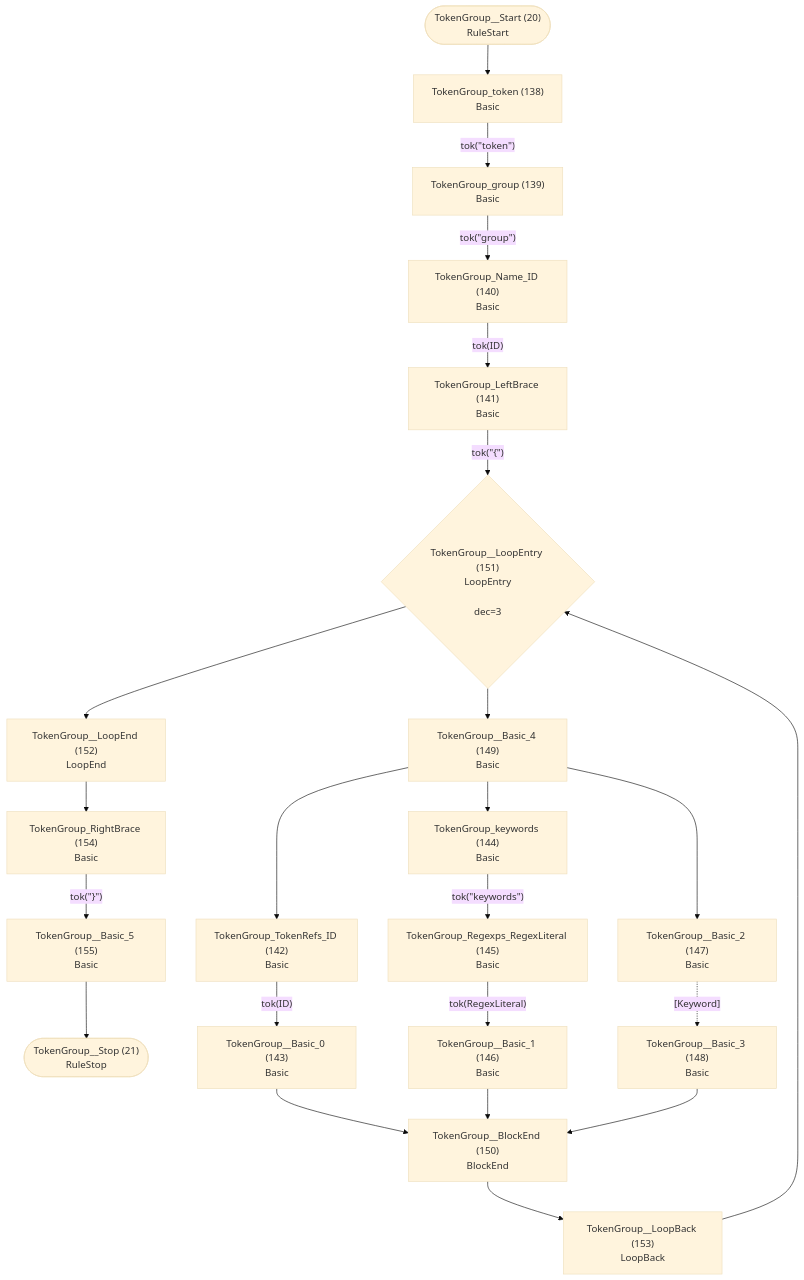
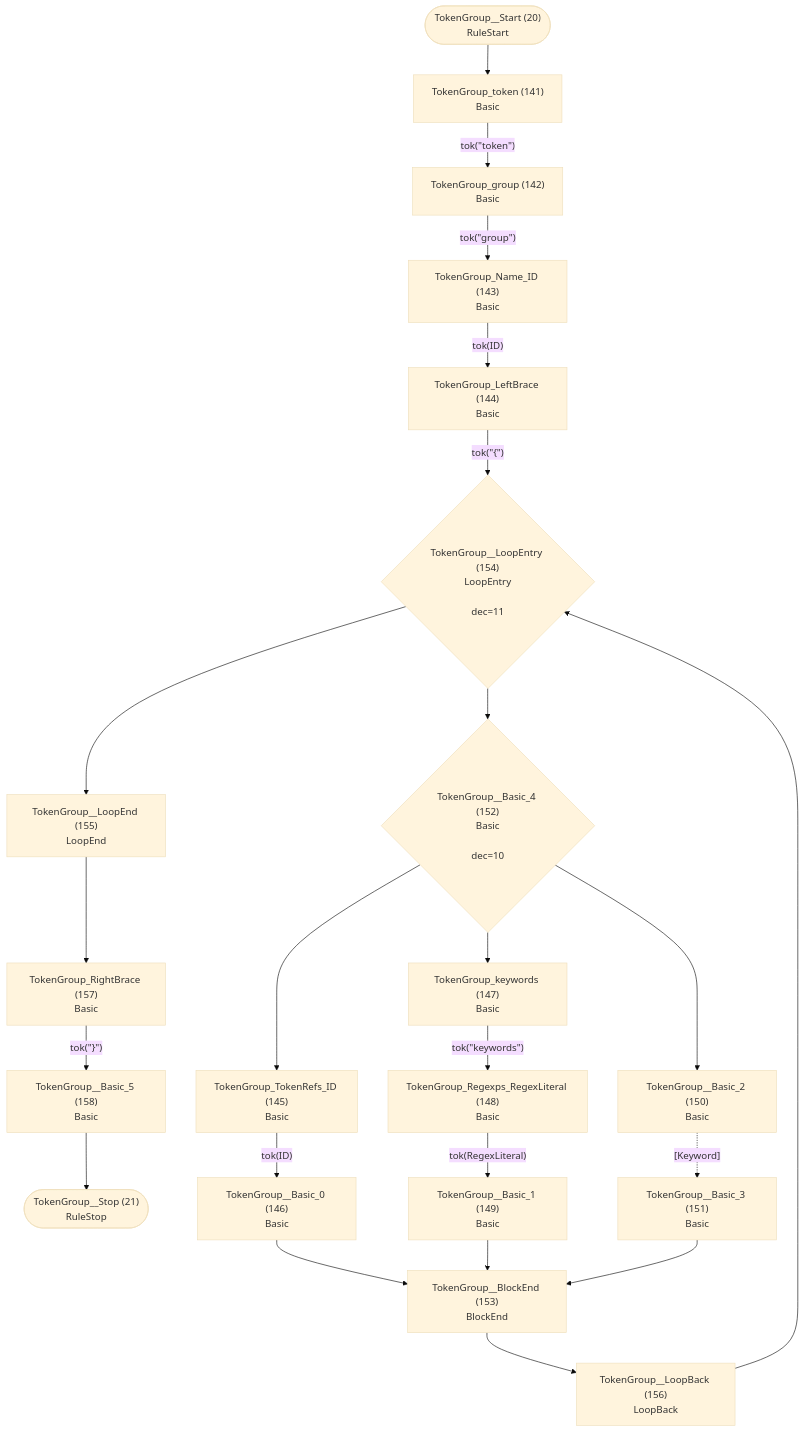
Before and after one commit to TypeFox/fastbelt: diagram 11 of 26 in internal/grammar/atn.md, drawn with Mermaid (base theme). The commit also changed other lines of this file and 53 other files, not shown here.

````diff
--- a/internal/grammar/atn.md
+++ b/internal/grammar/atn.md
@@ -293,46 +299,46 @@
 ```mermaid
 flowchart TD
     q20(["TokenGroup__Start (20)<br/>RuleStart"])
     q21(["TokenGroup__Stop (21)<br/>RuleStop"])
-    q138["TokenGroup_token (138)<br/>Basic<br/>"]
-    q139["TokenGroup_group (139)<br/>Basic<br/>"]
-    q140["TokenGroup_Name_ID (140)<br/>Basic<br/>"]
-    q141["TokenGroup_LeftBrace (141)<br/>Basic<br/>"]
-    q142["TokenGroup_TokenRefs_ID (142)<br/>Basic<br/>"]
-    q143["TokenGroup__Basic_0 (143)<br/>Basic<br/>"]
-    q144["TokenGroup_keywords (144)<br/>Basic<br/>"]
-    q145["TokenGroup_Regexps_RegexLiteral (145)<br/>Basic<br/>"]
-    q146["TokenGroup__Basic_1 (146)<br/>Basic<br/>"]
-    q147["TokenGroup__Basic_2 (147)<br/>Basic<br/>"]
-    q148["TokenGroup__Basic_3 (148)<br/>Basic<br/>"]
-    q149["TokenGroup__Basic_4 (149)<br/>Basic<br/>"]
-    q150["TokenGroup__BlockEnd (150)<br/>BlockEnd<br/>"]
-    q151{"TokenGroup__LoopEntry (151)<br/>LoopEntry<br/><br/>dec=3"}
-    q152["TokenGroup__LoopEnd (152)<br/>LoopEnd<br/>"]
-    q153["TokenGroup__LoopBack (153)<br/>LoopBack<br/>"]
-    q154["TokenGroup_RightBrace (154)<br/>Basic<br/>"]
-    q155["TokenGroup__Basic_5 (155)<br/>Basic<br/>"]
+    q141["TokenGroup_token (141)<br/>Basic<br/>"]
+    q142["TokenGroup_group (142)<br/>Basic<br/>"]
+    q143["TokenGroup_Name_ID (143)<br/>Basic<br/>"]
+    q144["TokenGroup_LeftBrace (144)<br/>Basic<br/>"]
+    q145["TokenGroup_TokenRefs_ID (145)<br/>Basic<br/>"]
+    q146["TokenGroup__Basic_0 (146)<br/>Basic<br/>"]
+    q147["TokenGroup_keywords (147)<br/>Basic<br/>"]
+    q148["TokenGroup_Regexps_RegexLiteral (148)<br/>Basic<br/>"]
+    q149["TokenGroup__Basic_1 (149)<br/>Basic<br/>"]
+    q150["TokenGroup__Basic_2 (150)<br/>Basic<br/>"]
+    q151["TokenGroup__Basic_3 (151)<br/>Basic<br/>"]
+    q152{"TokenGroup__Basic_4 (152)<br/>Basic<br/><br/>dec=10"}
+    q153["TokenGroup__BlockEnd (153)<br/>BlockEnd<br/>"]
+    q154{"TokenGroup__LoopEntry (154)<br/>LoopEntry<br/><br/>dec=11"}
+    q155["TokenGroup__LoopEnd (155)<br/>LoopEnd<br/>"]
+    q156["TokenGroup__LoopBack (156)<br/>LoopBack<br/>"]
+    q157["TokenGroup_RightBrace (157)<br/>Basic<br/>"]
+    q158["TokenGroup__Basic_5 (158)<br/>Basic<br/>"]
 
-    q20 --> q138
-    q138 -->|"tok(&quot;token&quot;)"| q139
-    q139 -->|"tok(&quot;group&quot;)"| q140
-    q140 -->|"tok(ID)"| q141
-    q141 -->|"tok(&quot;{&quot;)"| q151
-    q142 -->|"tok(ID)"| q143
-    q143 --> q150
-    q144 -->|"tok(&quot;keywords&quot;)"| q145
-    q145 -->|"tok(RegexLiteral)"| q146
-    q146 --> q150
-    q147 -.->|"[Keyword]"| q148
-    q148 --> q150
-    q149 --> q142
-    q149 --> q144
-    q149 --> q147
-    q150 --> q153
-    q151 --> q149
-    q151 --> q152
-    q152 --> q154
-    q153 --> q151
-    q154 -->|"tok(&quot;}&quot;)"| q155
-    q155 --> q21
+    q20 --> q141
+    q141 -->|"tok(&quot;token&quot;)"| q142
+    q142 -->|"tok(&quot;group&quot;)"| q143
+    q143 -->|"tok(ID)"| q144
+    q144 -->|"tok(&quot;{&quot;)"| q154
+    q145 -->|"tok(ID)"| q146
+    q146 --> q153
+    q147 -->|"tok(&quot;keywords&quot;)"| q148
+    q148 -->|"tok(RegexLiteral)"| q149
+    q149 --> q153
+    q150 -.->|"[Keyword]"| q151
+    q151 --> q153
+    q152 --> q145
+    q152 --> q147
+    q152 --> q150
+    q153 --> q156
+    q154 --> q152
+    q154 --> q155
+    q155 --> q157
+    q156 --> q154
+    q157 -->|"tok(&quot;}&quot;)"| q158
+    q158 --> q21
 ```
````
